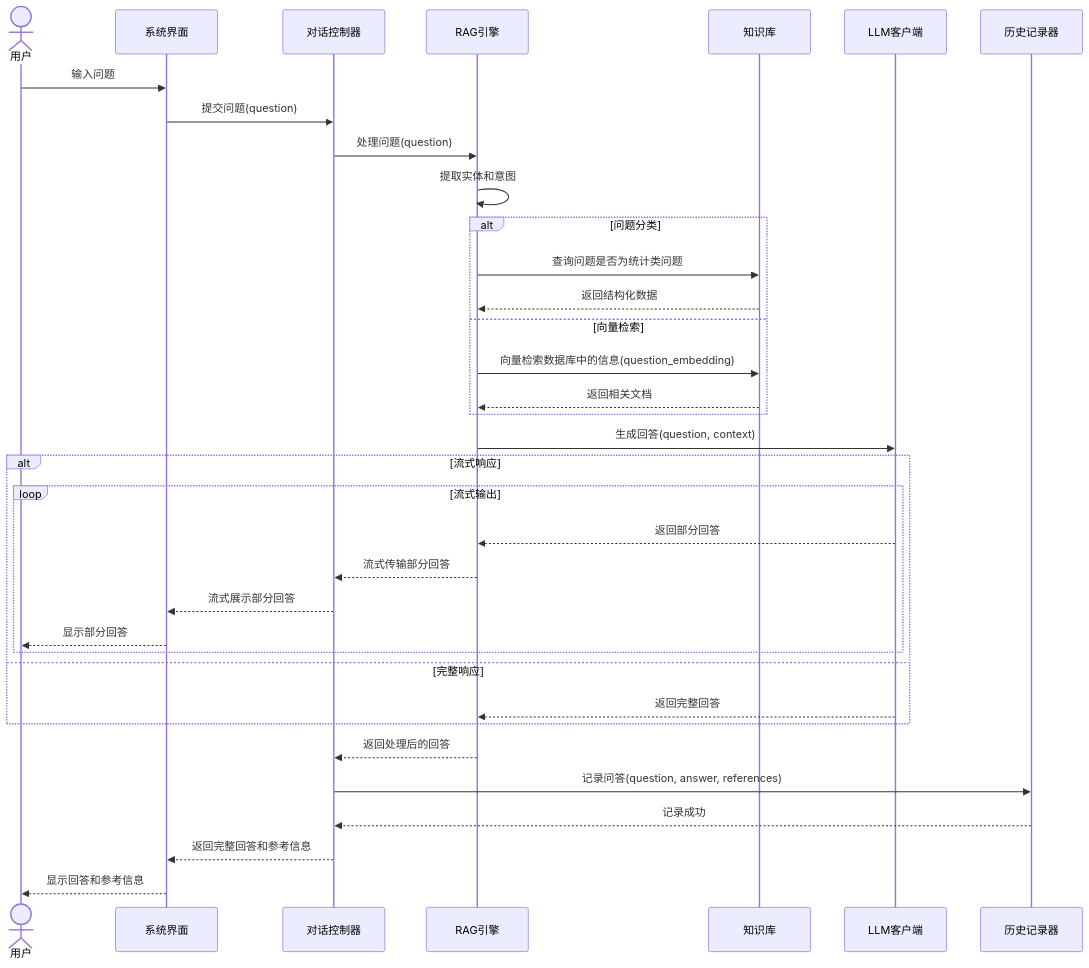
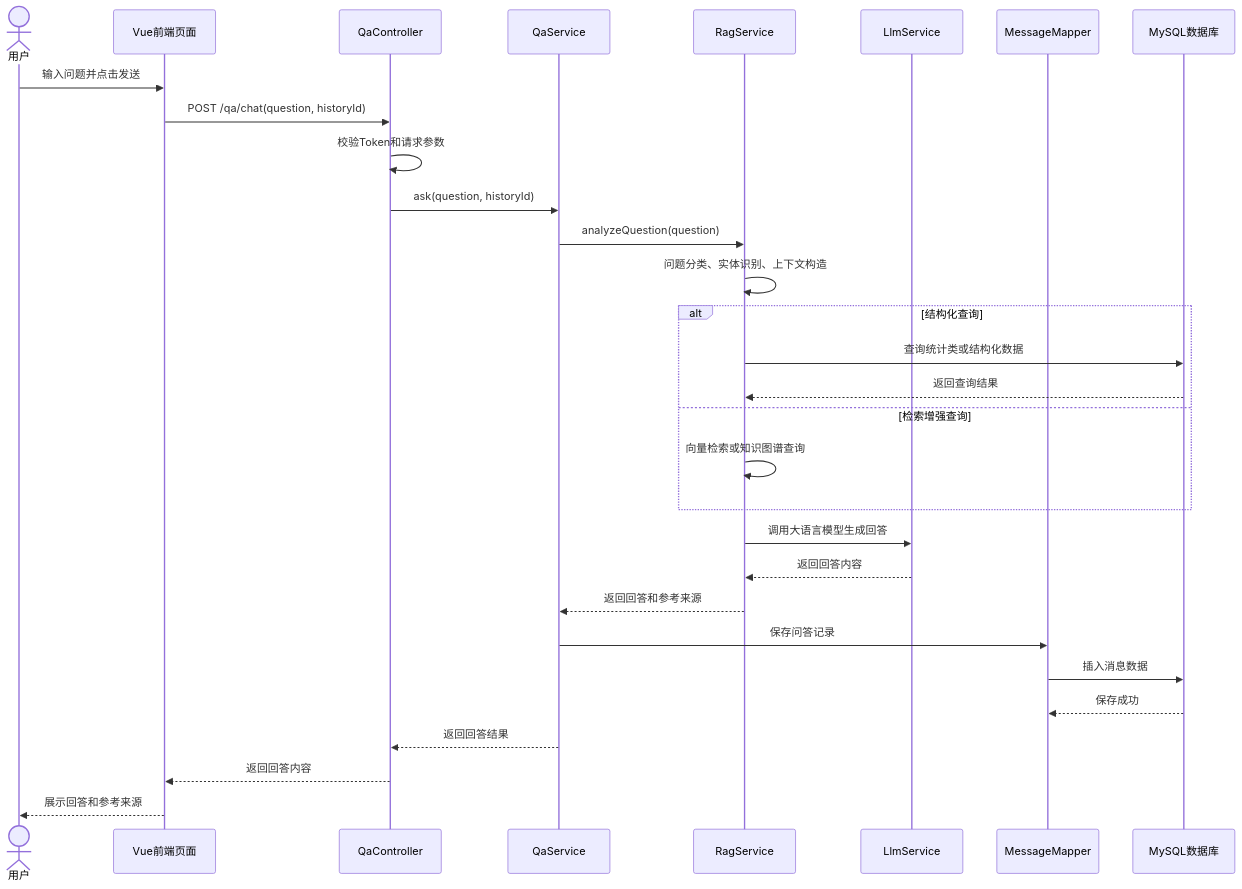
One commit to BUCT-CS2301/QAsystem changed the fifth of 6 diagrams in documents/需求规格说明书.md. Above: the diagram before and after it, drawn with Mermaid. The commit also changed other lines of this file, not shown here.

````diff
--- a/documents/需求规格说明书.md
+++ b/documents/需求规格说明书.md
@@ -477,43 +627,38 @@
 ```mermaid
 sequenceDiagram
     actor 用户
-    participant 系统界面
-    participant 对话控制器
-    participant RAG引擎
-    participant 知识库
-    participant LLM客户端
-    participant 历史记录器
+    participant 前端页面 as Vue前端页面
+    participant QaController as QaController
+    participant QaService as QaService
+    participant RagService as RagService
+    participant LlmService as LlmService
+    participant MessageMapper as MessageMapper
+    participant MySQL as MySQL数据库
 
-    用户->>系统界面: 输入问题
-    系统界面->>对话控制器: 提交问题(question)
-    对话控制器->>RAG引擎: 处理问题(question)
+    用户->>前端页面: 输入问题并点击发送
+    前端页面->>QaController: POST /qa/chat(question, historyId)
+    QaController->>QaController: 校验Token和请求参数
+    QaController->>QaService: ask(question, historyId)
 
-    RAG引擎->>RAG引擎: 提取实体和意图
+    QaService->>RagService: analyzeQuestion(question)
+    RagService->>RagService: 问题分类、实体识别、上下文构造
 
-    alt 问题分类
-        RAG引擎->>知识库: 查询问题是否为统计类问题
-        知识库-->>RAG引擎: 返回结构化数据
-    else 向量检索
-        RAG引擎->>知识库: 向量检索数据库中的信息(question_embedding)
-        知识库-->>RAG引擎: 返回相关文档
+    alt 结构化查询
+        RagService->>MySQL: 查询统计类或结构化数据
+        MySQL-->>RagService: 返回查询结果
+    else 检索增强查询
+        RagService->>RagService: 向量检索或知识图谱查询
     end
 
-    RAG引擎->>LLM客户端: 生成回答(question, context)
+    RagService->>LlmService: 调用大语言模型生成回答
+    LlmService-->>RagService: 返回回答内容
 
-    alt 流式响应
-        loop 流式输出
-            LLM客户端-->>RAG引擎: 返回部分回答
-            RAG引擎-->>对话控制器: 流式传输部分回答
-            对话控制器-->>系统界面: 流式展示部分回答
-            系统界面-->>用户: 显示部分回答
-        end
-    else 完整响应
-        LLM客户端-->>RAG引擎: 返回完整回答
-    end
+    RagService-->>QaService: 返回回答和参考来源
+    QaService->>MessageMapper: 保存问答记录
+    MessageMapper->>MySQL: 插入消息数据
+    MySQL-->>MessageMapper: 保存成功
 
-    RAG引擎-->>对话控制器: 返回处理后的回答
-    对话控制器->>历史记录器: 记录问答(question, answer, references)
-    历史记录器-->>对话控制器: 记录成功
-    对话控制器-->>系统界面: 返回完整回答和参考信息
-    系统界面-->>用户: 显示回答和参考信息
+    QaService-->>QaController: 返回回答结果
+    QaController-->>前端页面: 返回回答内容
+    前端页面-->>用户: 展示回答和参考来源
 ```
````
